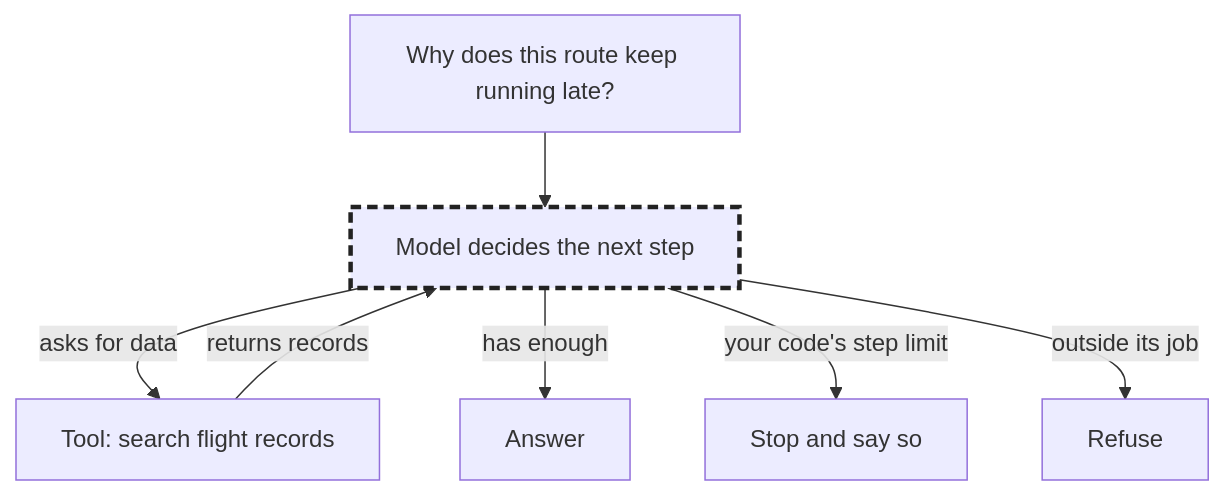
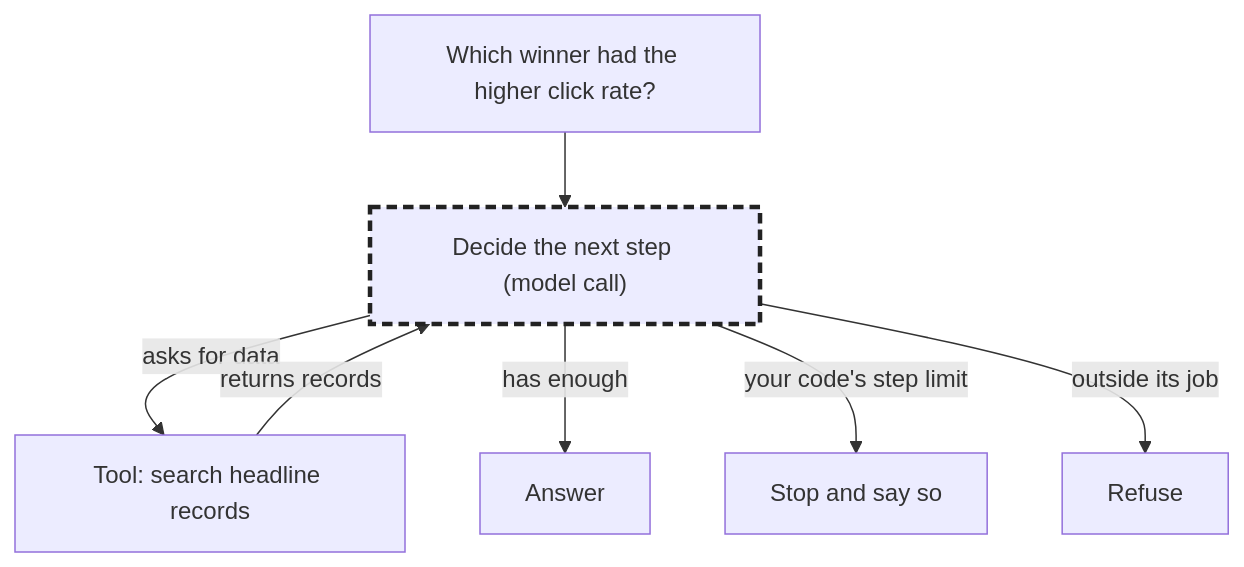
The second of 2 diagrams in guides/workflow-and-agent.md (LMU-ISBA/isba-4775-fa26), drawn with Mermaid before and after one commit. The commit also changed other lines of this file, not shown here.

Commit message:
Use the headline test example and show that both make model calls

````diff
--- a/guides/workflow-and-agent.md
+++ b/guides/workflow-and-agent.md
@@ -57,18 +62,18 @@
 ```mermaid
 flowchart TD
-    Q["Why does this route keep running late?"]
-    M["Model decides the next step"]:::model
-    T["Tool: search flight records"]
+    Q["Which winner had the higher click rate?"]
+    M["Decide the next step (model call)"]:::model
+    T["Tool: search headline records"]
     A["Answer"]
     S["Stop and say so"]
     X["Refuse"]
 
     Q --> M
     M -->|"asks for data"| T
     T -->|"returns records"| M
     M -->|"has enough"| A
     M -->|"your code's step limit"| S
     M -->|"outside its job"| X
 
     classDef model stroke:#222,stroke-width:3px,stroke-dasharray:7 4
 ```
````
